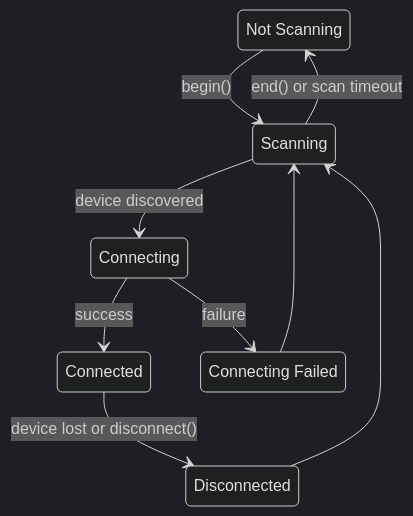
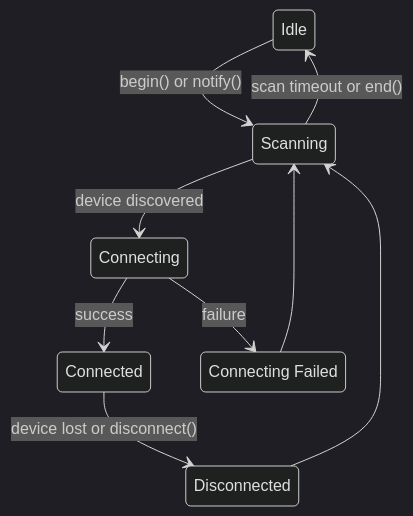
The diagram in docs/auto_scan.md (tbekas/BLE-Gamepad-Client), drawn with Mermaid (dark theme) before and after one commit.

Commit message:
Update autoscan docs (#84)

````diff
--- a/docs/auto_scan.md
+++ b/docs/auto_scan.md
@@ -14,19 +14,19 @@
 ```mermaid
 stateDiagram-v2
     direction TB
-    ScanningStopped: Not Scanning
+    Idle
     Scanning
     Connecting
     Connected
     ConnectingFailed: Connecting Failed
     Disconnected
     
     Scanning --> Connecting : device discovered
     Connecting --> ConnectingFailed : failure
     Connecting --> Connected : success
     Connected --> Disconnected : device lost or disconnect()
     Disconnected --> Scanning
     ConnectingFailed --> Scanning
-    ScanningStopped --> Scanning : begin()
-    Scanning --> ScanningStopped : end() or scan timeout
+    Idle --> Scanning : begin() or notify()
+    Scanning --> Idle : scan timeout or end()
 ```
````
